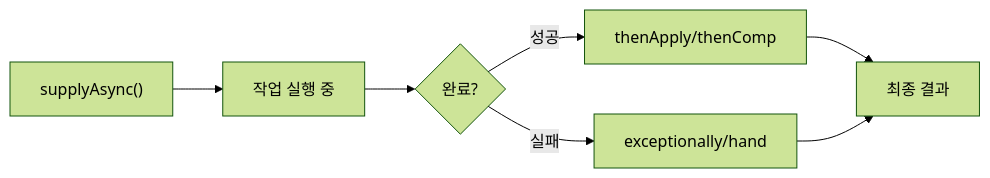
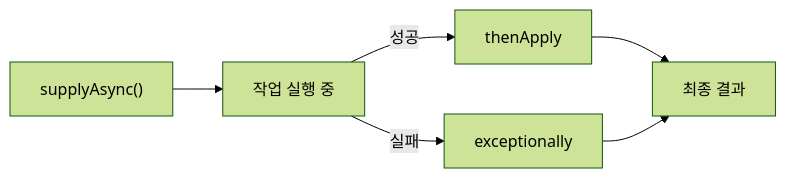
One commit to yjkim2015/yjkim2015.github.io changed the first of 3 diagrams in _posts/java/2026-05-01-java-completablefuture.md. Above: the diagram before and after it, drawn with Mermaid (forest theme). The commit also changed other lines of this file and 84 other files, not shown here.

First line of the commit message:
85개 포스트 Mermaid 다이어그램 규칙 일괄 수정

````diff
--- a/_posts/java/2026-05-01-java-completablefuture.md
+++ b/_posts/java/2026-05-01-java-completablefuture.md
@@ -50,9 +50,8 @@
 ```mermaid
-flowchart LR
+graph LR
     A["supplyAsync()"] --> B["작업 실행 중"]
-    B --> C{"완료?"}
-    C -->|"성공"| D["thenApply/thenComp"]
-    C -->|"실패"| E["exceptionally/hand"]
+    B -->|"성공"| D["thenApply"]
+    B -->|"실패"| E["exceptionally"]
     D --> F["최종 결과"]
     E --> F
 ```
````
